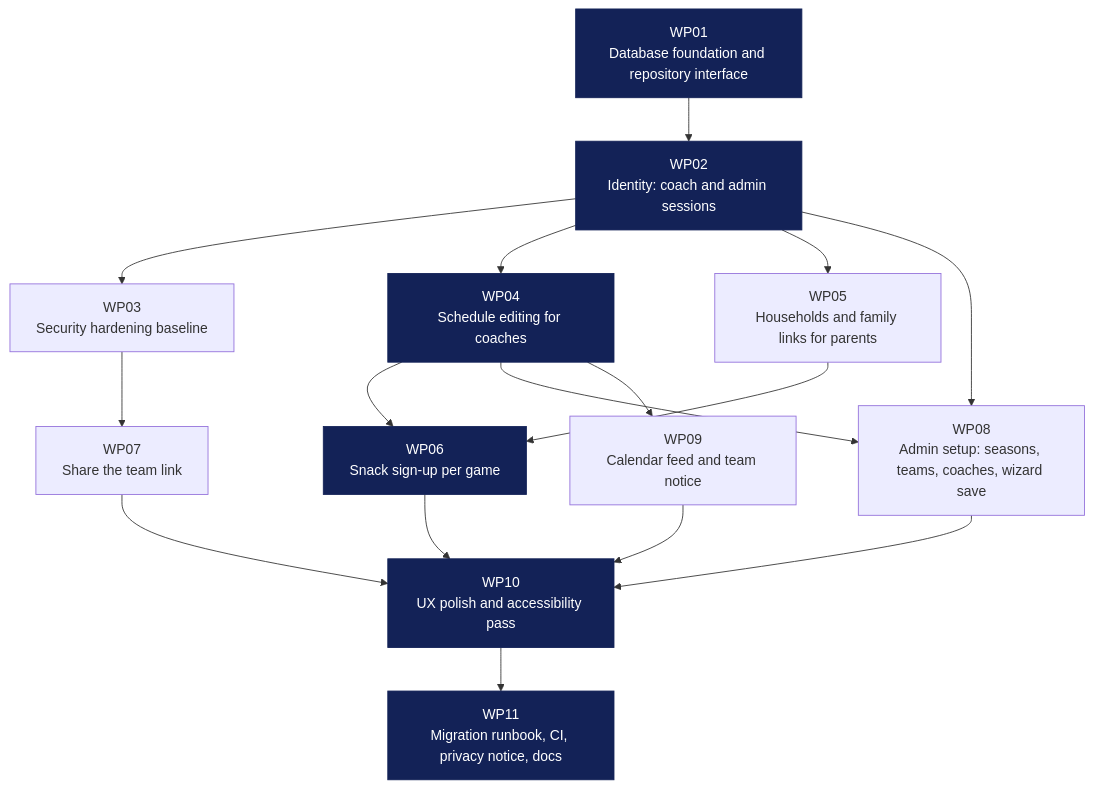
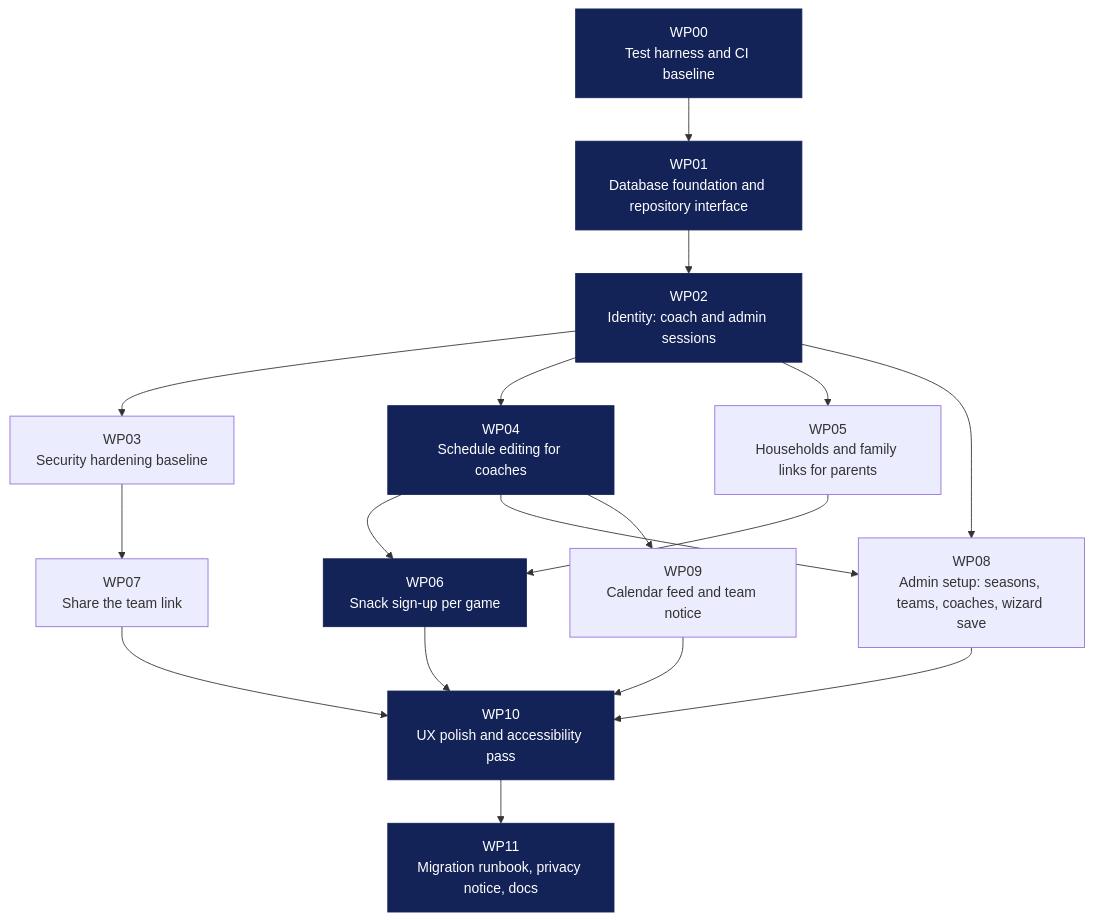
One commit to alexandercloch-netizen/Soccer changed the diagram in docs/swarm/PROMPT.md. Above: the diagram before and after it, drawn with Mermaid. The commit also changed other lines of this file and 30 other files, not shown here.

````diff
--- a/docs/swarm/PROMPT.md
+++ b/docs/swarm/PROMPT.md
@@ -23,31 +29,33 @@
 ```mermaid
 graph TD
+  WP00["WP00<br/>Test harness and CI baseline"]
   WP01["WP01<br/>Database foundation and repository interface"]
   WP02["WP02<br/>Identity: coach and admin sessions"]
   WP03["WP03<br/>Security hardening baseline"]
   WP04["WP04<br/>Schedule editing for coaches"]
   WP05["WP05<br/>Households and family links for parents"]
   WP06["WP06<br/>Snack sign-up per game"]
   WP07["WP07<br/>Share the team link"]
   WP08["WP08<br/>Admin setup: seasons, teams, coaches, wizard save"]
   WP09["WP09<br/>Calendar feed and team notice"]
   WP10["WP10<br/>UX polish and accessibility pass"]
-  WP11["WP11<br/>Migration runbook, CI, privacy notice, docs"]
+  WP11["WP11<br/>Migration runbook, privacy notice, docs"]
+  WP00 --> WP01
   WP01 --> WP02
   WP02 --> WP03
   WP02 --> WP04
   WP02 --> WP05
   WP04 --> WP06
   WP05 --> WP06
   WP03 --> WP07
   WP02 --> WP08
   WP04 --> WP08
   WP04 --> WP09
   WP06 --> WP10
   WP07 --> WP10
   WP08 --> WP10
   WP09 --> WP10
   WP10 --> WP11
   classDef cp fill:#132257,color:#fff,stroke:#132257;
-  class WP01,WP02,WP04,WP06,WP10,WP11 cp;
+  class WP00,WP01,WP02,WP04,WP06,WP10,WP11 cp;
 ```
````
